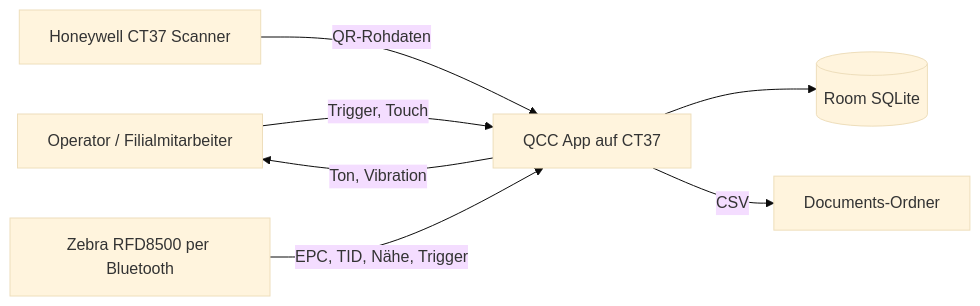
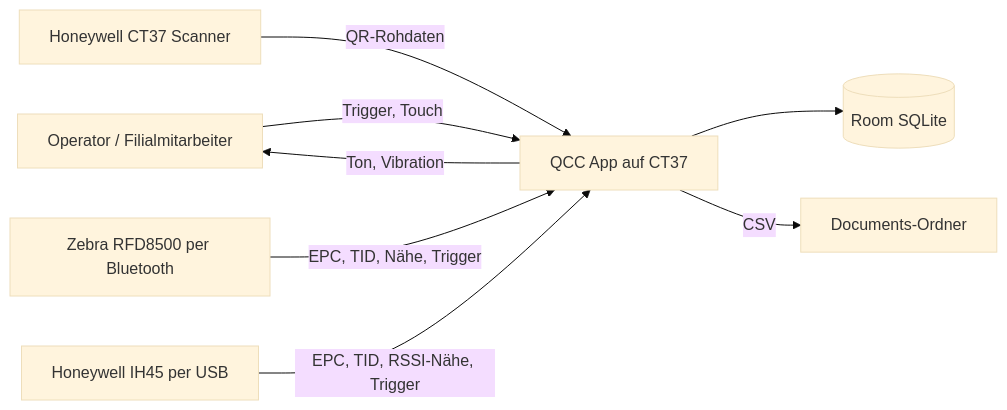
One commit to Kamilski86/QCC changed the diagram in docs/confluence/03-anforderungen.md. Above: the diagram before and after it, drawn with Mermaid (base theme). The commit also changed other lines of this file and 38 other files, not shown here.

First line of the commit message:
feat(rfid): Honeywell IH45 as second RFID reader (USB), reader switching, trigger-confirmed finds

````diff
--- a/docs/confluence/03-anforderungen.md
+++ b/docs/confluence/03-anforderungen.md
@@ -12,9 +12,10 @@
 ```mermaid
 flowchart LR
     OP[Operator / Filialmitarbeiter] -->|Trigger, Touch| APP[QCC App auf CT37]
     HW1[Honeywell CT37 Scanner] -->|QR-Rohdaten| APP
     HW2[Zebra RFD8500 per Bluetooth] -->|EPC, TID, Nähe, Trigger| APP
+    HW3[Honeywell IH45 per USB] -->|EPC, TID, RSSI-Nähe, Trigger| APP
     APP -->|Ton, Vibration| OP
     APP --> DB[(Room SQLite)]
     APP -->|CSV| DOC[Documents-Ordner]
 ```
````
